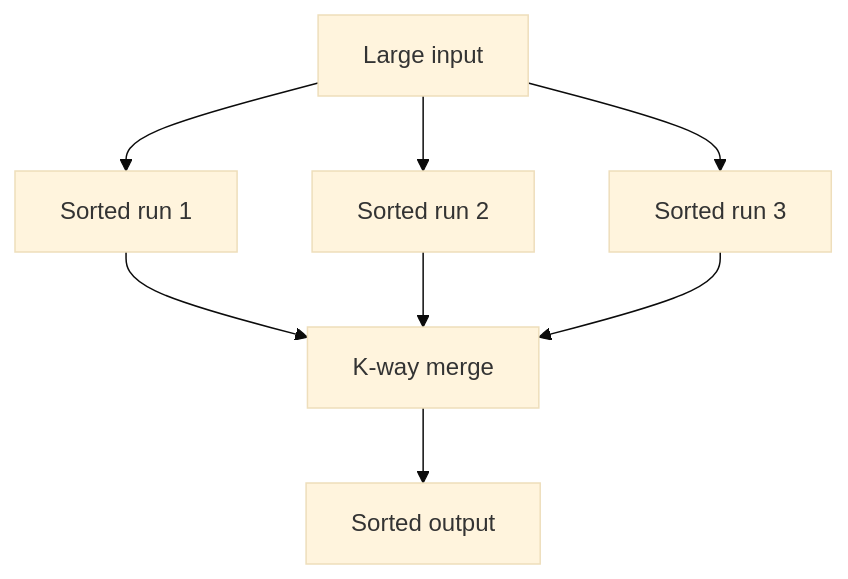
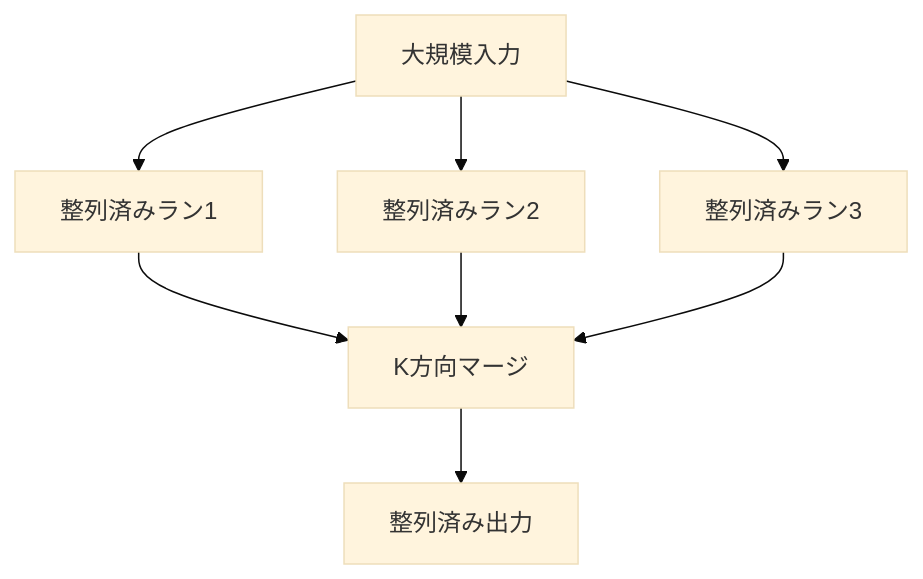
The sixth of 7 diagrams in src/content/docs/03-query-processing/07-physical-execution.md (hirunebot/database-systems-book), drawn with Mermaid (base theme) before and after one commit. The commit also changed other lines of this file and 42 other files, not shown here.

````diff
--- a/src/content/docs/03-query-processing/07-physical-execution.md
+++ b/src/content/docs/03-query-processing/07-physical-execution.md
@@ -210,10 +210,10 @@
 ```mermaid
 flowchart TB
-    Input["Large input"] --> R1["Sorted run 1"]
-    Input --> R2["Sorted run 2"]
-    Input --> R3["Sorted run 3"]
-    R1 --> Merge["K-way merge"]
+    Input["大規模入力"] --> R1["整列済みラン1"]
+    Input --> R2["整列済みラン2"]
+    Input --> R3["整列済みラン3"]
+    R1 --> Merge["K方向マージ"]
     R2 --> Merge
     R3 --> Merge
-    Merge --> Output["Sorted output"]
+    Merge --> Output["整列済み出力"]
 ```
````
